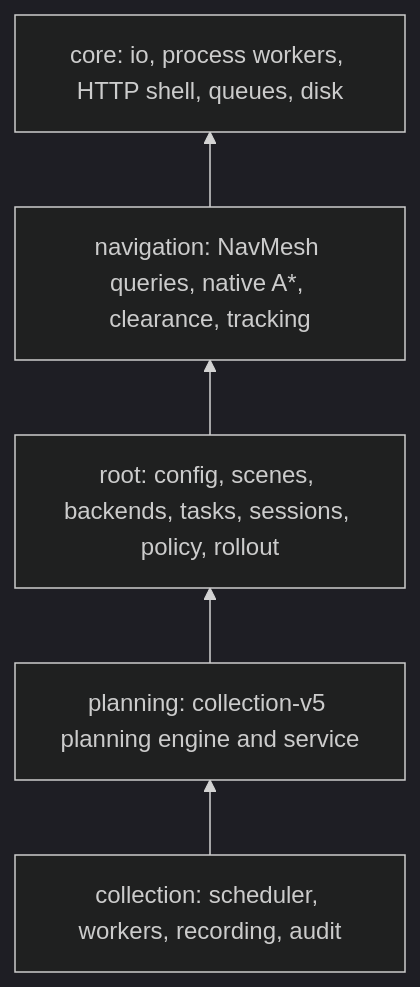
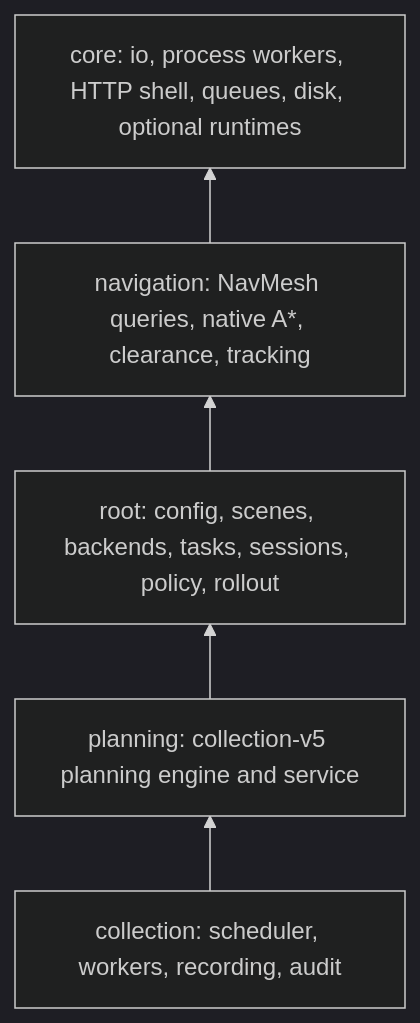
The first of 2 diagrams in docs/architecture.md (AhernResearch/vln-sim-engine), drawn with Mermaid (dark theme) before and after one commit. The commit also changed 37 other files, not shown here.

````diff
--- a/docs/architecture.md
+++ b/docs/architecture.md
@@ -3,12 +3,12 @@
 ```mermaid
 flowchart BT
-    core[core: io, process workers, HTTP shell, queues, disk]
+    core[core: io, process workers, HTTP shell, queues, disk, optional runtimes]
     navigation[navigation: NavMesh queries, native A*, clearance, tracking]
     base[root: config, scenes, backends, tasks, sessions, policy, rollout]
     planning[planning: collection-v5 planning engine and service]
     collection[collection: scheduler, workers, recording, audit]
     navigation --> core
     base --> navigation
     planning --> base
     collection --> planning
 ```
````
